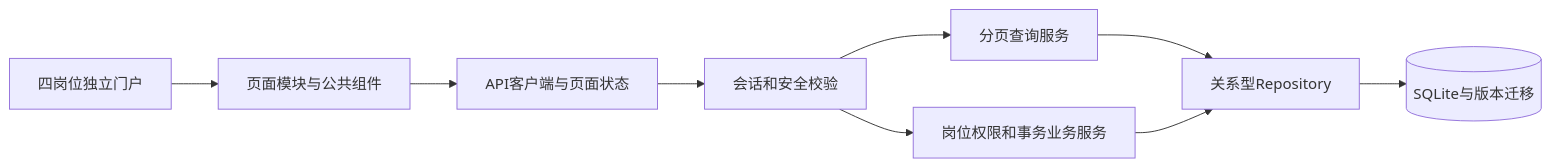
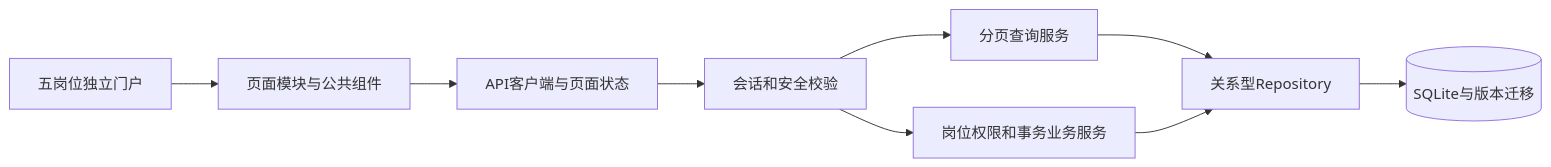
One commit to 404713160hh-pixel/andrew-dental-system changed the diagram in ARCHITECTURE.md. Above: the diagram before and after it, drawn with Mermaid. The commit also changed other lines of this file and 133 other files, not shown here.

````diff
--- a/ARCHITECTURE.md
+++ b/ARCHITECTURE.md
@@ -7,11 +7,11 @@
 ```mermaid
 flowchart LR
-    Portal[四岗位独立门户] --> UI[页面模块与公共组件]
+    Portal[五岗位独立门户] --> UI[页面模块与公共组件]
     UI --> API[API客户端与页面状态]
     API --> HTTP[会话和安全校验]
     HTTP --> Query[分页查询服务]
     HTTP --> Command[岗位权限和事务业务服务]
     Query --> Repo[关系型Repository]
     Command --> Repo
     Repo --> DB[(SQLite与版本迁移)]
 ```
````
